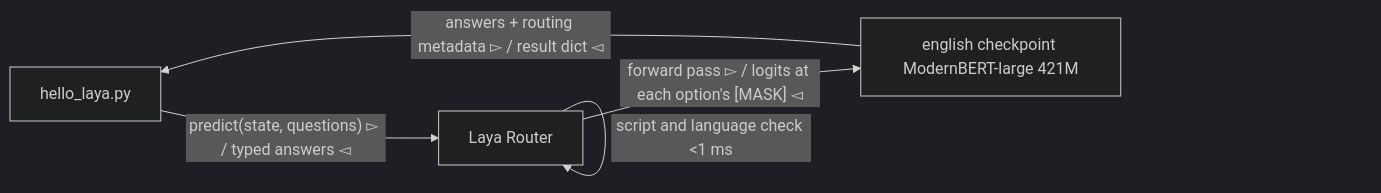
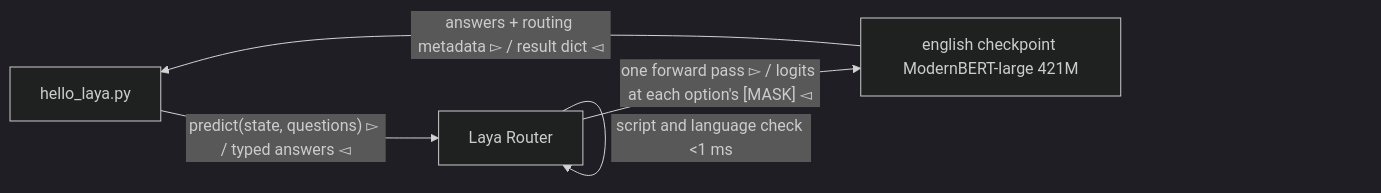
The diagram in _posts/laya-hello-world.md (mschonaker/mschonaker.github.io), drawn with Mermaid (dark theme) before and after one commit. The commit also changed other lines of this file and 1 other file, not shown here.

````diff
--- a/_posts/laya-hello-world.md
+++ b/_posts/laya-hello-world.md
@@ -158,7 +114,7 @@
 ```mermaid
 flowchart LR
     app[hello_laya.py] -- "predict(state, questions) ▻ / typed answers ◅" --> router[Laya Router]
     router -- "script and language check <1 ms" --> router
-    router -- "forward pass ▻ / logits at each option's [MASK] ◅" --> ckpt[english checkpoint ModernBERT-large 421M]
+    router -- "one forward pass ▻ / logits at each option's [MASK] ◅" --> ckpt[english checkpoint ModernBERT-large 421M]
     ckpt -- "answers + routing metadata ▻ / result dict ◅" --> app
 ```
````
